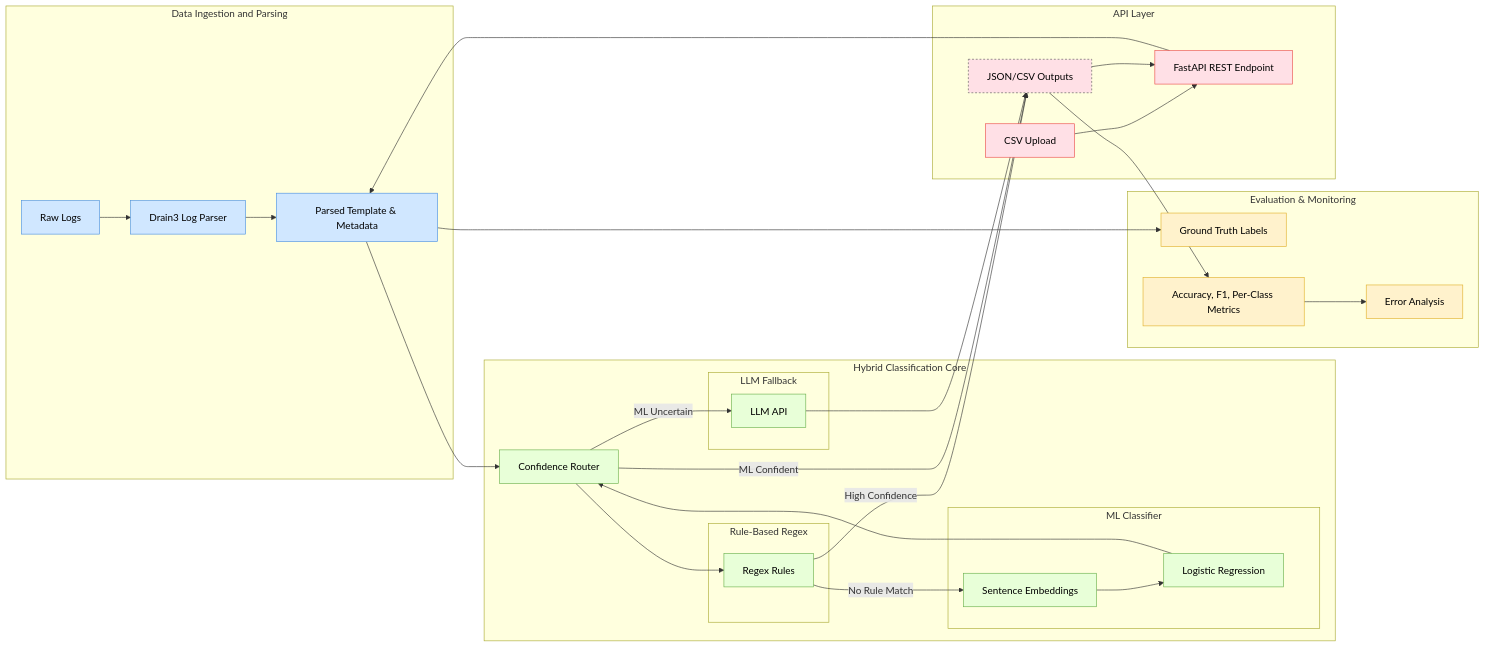
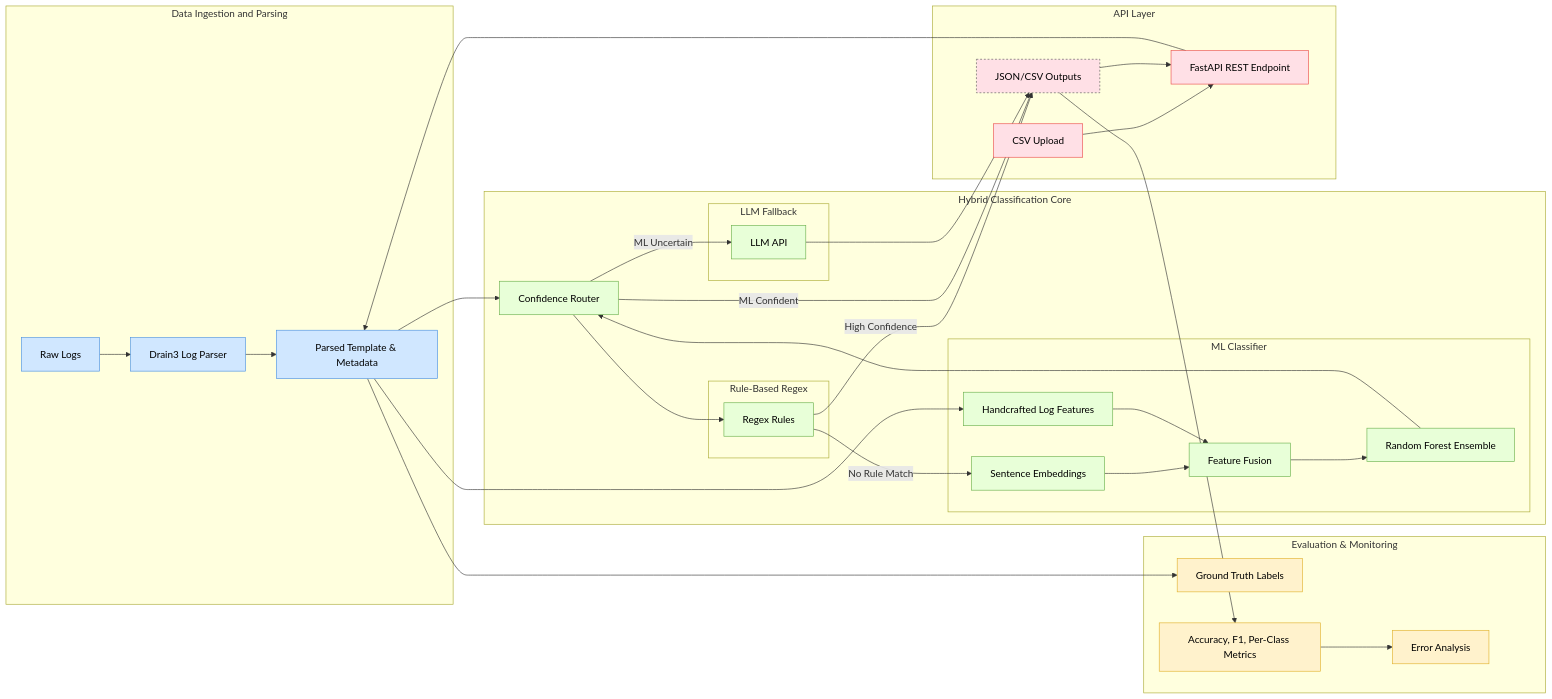
Before and after one commit to ChidanshM/Log-Classification: the diagram in diagram.md, drawn with Mermaid. The commit also changed 15 other files, not shown here.

````diff
--- a/diagram.md
+++ b/diagram.md
@@ -1,58 +1,62 @@
 ```mermaid
 flowchart LR
     classDef ingest fill:#d0e7ff,stroke:#4a90e2,stroke-width:1px,color:#000
     classDef hybrid fill:#e8ffd8,stroke:#6ab04c,stroke-width:1px,color:#000
     classDef eval fill:#fff2cc,stroke:#e1b12c,stroke-width:1px,color:#000
     classDef api fill:#ffe0e6,stroke:#eb4d4b,stroke-width:1px,color:#000
     classDef connector stroke:#555,stroke-dasharray: 3 3
 
     subgraph Ingestion["Data Ingestion and Parsing"]
         A[Raw Logs]:::ingest
         B[Drain3 Log Parser]:::ingest
         C[Parsed Template & Metadata]:::ingest
     end
 
     subgraph HybridClassifier["Hybrid Classification Core"]
         subgraph Layer1["Rule-Based Regex"]
             D[Regex Rules]:::hybrid
         end
 
         subgraph Layer2["ML Classifier"]
             E[Sentence Embeddings]:::hybrid
-            F[Logistic Regression]:::hybrid
+            F[Handcrafted Log Features]:::hybrid
+            X[Feature Fusion]:::hybrid
+            Y[Random Forest Ensemble]:::hybrid
         end
 
         subgraph Layer3["LLM Fallback"]
             G[LLM API]:::hybrid
         end
 
         H[Confidence Router]:::hybrid
     end
 
     subgraph Eval["Evaluation & Monitoring"]
         I[Ground Truth Labels]:::eval
         J[Accuracy, F1, Per-Class Metrics]:::eval
         K[Error Analysis]:::eval
     end
 
     subgraph API["API Layer"]
         L[FastAPI REST Endpoint]:::api
         M[CSV Upload]:::api
         N[JSON/CSV Outputs]:::api
     end
 
     A --> B --> C --> H
     H --> D
     D -->|High Confidence| N:::connector
     D -->|No Rule Match| E
-
-    E --> F --> H
+    C --> F
+    E --> X
+    F --> X
+    X --> Y --> H
     H -->|ML Confident| N
     H -->|ML Uncertain| G --> N
 
     C --> I
     N --> J --> K
 
     M --> L --> C
     N --> L
 ```
````
